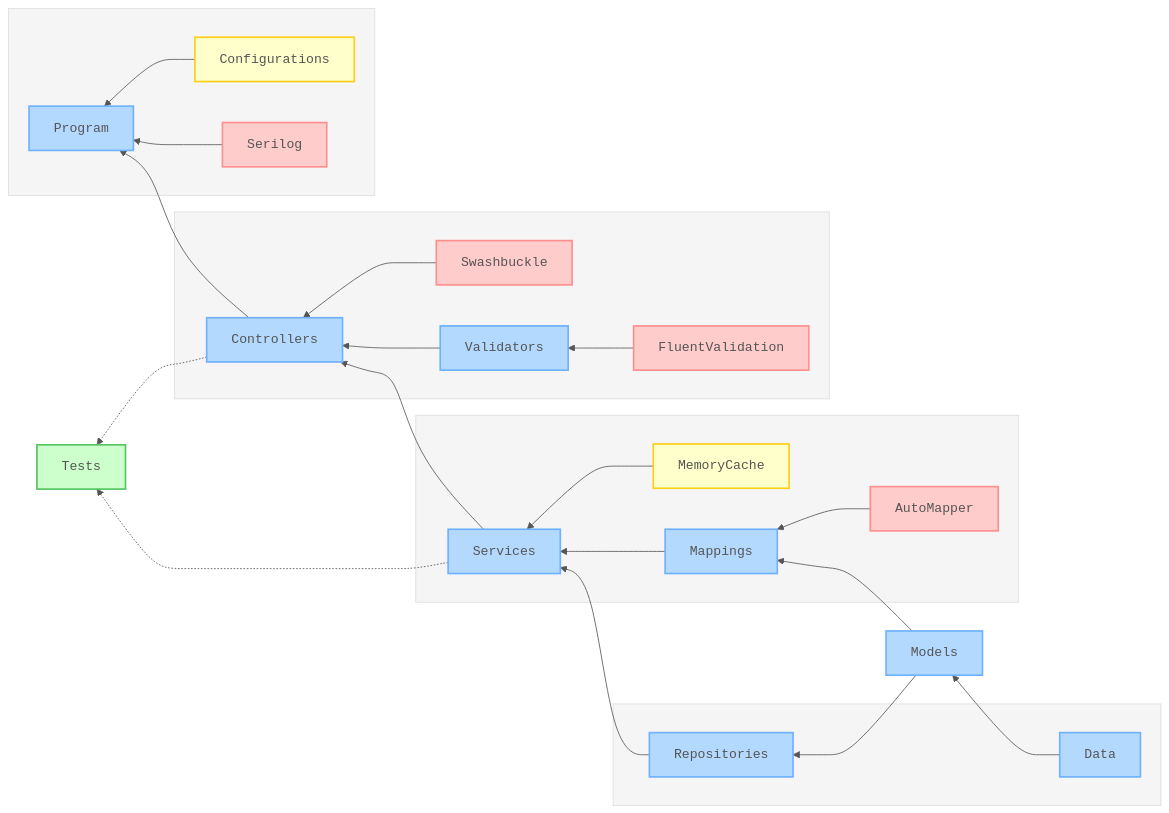
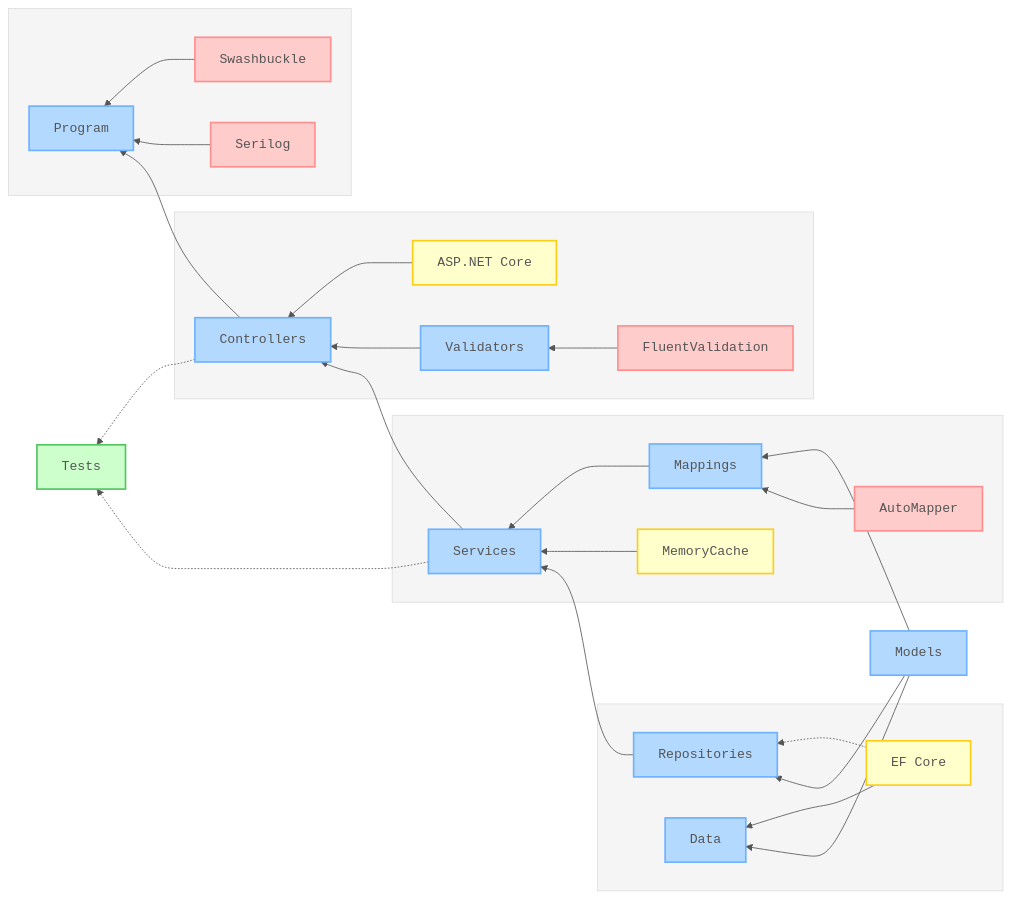
The diagram in README.md (nanotaboada/Dotnet.Samples.AspNetCore.WebApi), drawn with Mermaid before and after one commit. The commit also changed other lines of this file and 1 other file, not shown here.

First line of the commit message:
docs(readme): update architecture diagram and add explanatory text

````diff
--- a/README.md
+++ b/README.md
@@ -112,11 +112,19 @@
 
 graph RL
 
-    Models[Models]
+    Tests[Tests]
 
-    subgraph Layer4[" "]
-        Data[Data]
-        Repositories[Repositories]
+    subgraph Layer1[" "]
+        Program[Program]
+        Serilog[Serilog]
+        Swashbuckle[Swashbuckle]
+    end
+
+    subgraph Layer2[" "]
+        Controllers[Controllers]
+        Validators[Validators]
+        FluentValidation[FluentValidation]
+        AspNetCore[ASP.NET Core]
     end
 
     subgraph Layer3[" "]
@@ -126,44 +134,42 @@
         MemoryCache[MemoryCache]
     end
 
-    subgraph Layer2[" "]
-        Controllers[Controllers]
-        Validators[Validators]
-        FluentValidation[FluentValidation]
-        Swashbuckle[Swashbuckle]
+    subgraph Layer4[" "]
+        Repositories[Repositories]
+        Data[Data]
+        EFCore[EF Core]
     end
 
-    subgraph Layer1[" "]
-        Program[Program]
-        Configurations[Configurations]
-        Serilog[Serilog]
-    end
+    Models[Models]
 
-    Tests[Tests]
+    %% Strong dependencies
 
-    %% Application flow
-    Data --> Models
+    %% Layer 1
+    Controllers --> Program
+    Serilog --> Program
+    Swashbuckle --> Program
+
+    %% Layer 2
+    Services --> Controllers
+    Validators --> Controllers
+    FluentValidation --> Validators
+    AspNetCore --> Controllers
+
+    %% Layer 3
+    Repositories --> Services
+    MemoryCache --> Services
+    Mappings --> Services
+    AutoMapper --> Mappings
+    Models --> Mappings
+
+    %% Layer 4
     Models --> Repositories
-    Repositories --> Services
-    Services --> Controllers
-    Controllers --> Program
+    Models --> Data
+    EFCore --> Data
+    EFCore -.-> Repositories
 
-    %% Layer connections
-    Models --> Mappings
-    Validators --> Controllers
-    Mappings --> Services
+    %% Soft dependencies
 
-    %% External Dependencies connections
-    AutoMapper --> Mappings
-    FluentValidation --> Validators
-    Serilog --> Program
-    Swashbuckle --> Controllers
-
-    %% Supporting Features connections
-    Configurations --> Program
-    MemoryCache --> Services
-
-    %% Tests connections
     Services -.-> Tests
     Controllers -.-> Tests
 
@@ -176,5 +182,5 @@
     class Data,Models,Repositories,Services,Controllers,Program,Validators,Mappings core;
     class AutoMapper,FluentValidation,Serilog,Swashbuckle deps;
     class Tests test;
-    class Configurations,MemoryCache feat;
+    class AspNetCore,EFCore,MemoryCache feat;
 ```
````
